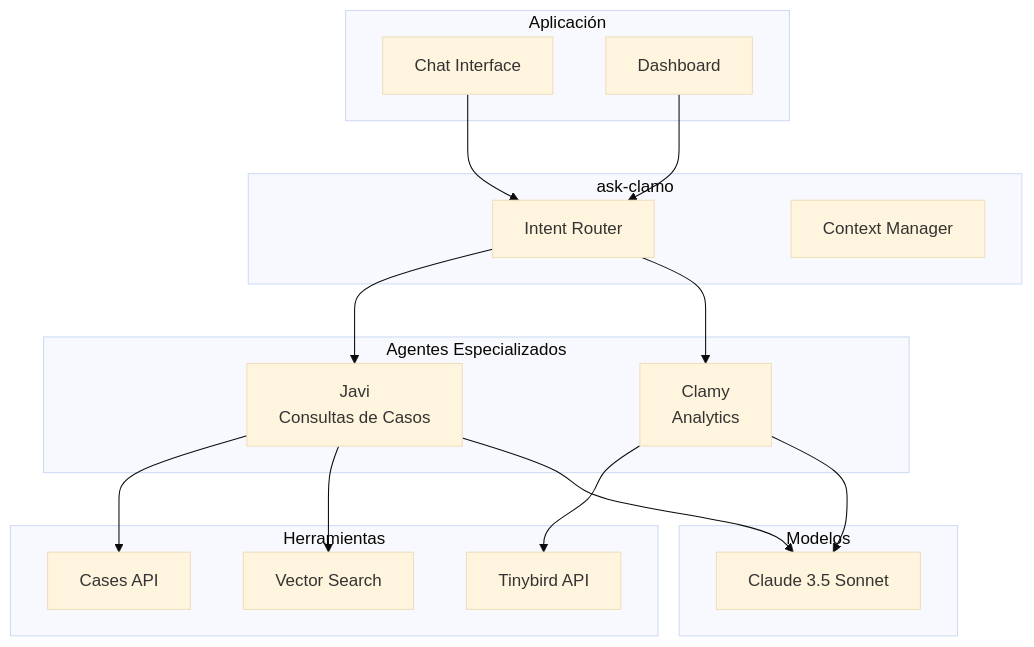
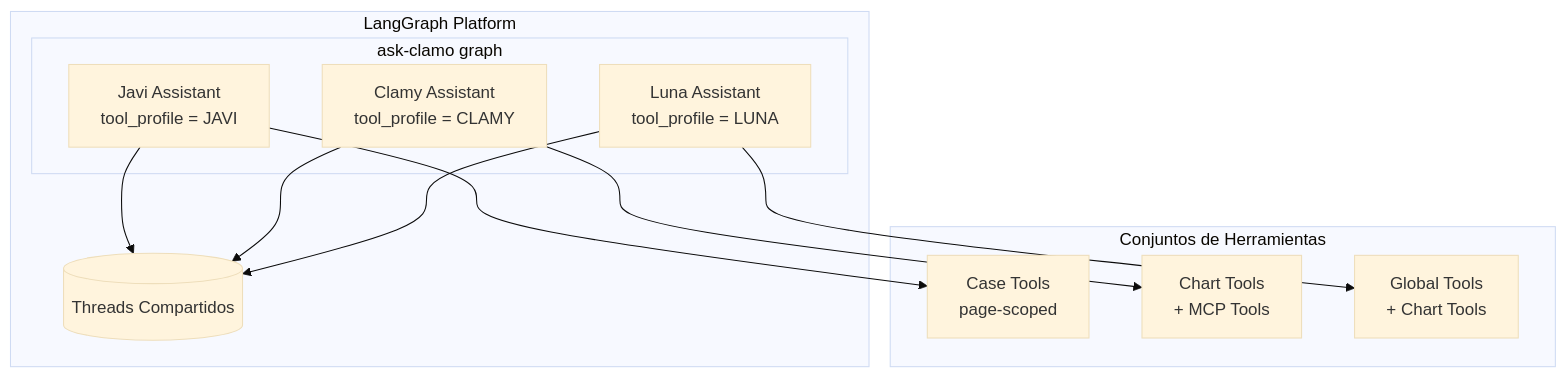
The first of 2 diagrams in es/arquitectura/asistentes-ia.mdx (GetClamo/docs), drawn with Mermaid (base theme) before and after one commit. The commit also changed other lines of this file and 33 other files, not shown here.

````diff
--- a/es/arquitectura/asistentes-ia.mdx
+++ b/es/arquitectura/asistentes-ia.mdx
@@ -12,37 +12,26 @@
 ```mermaid
 flowchart TB
-    subgraph Frontend [Aplicación]
-        Chat[Chat Interface]
-        Dashboard[Dashboard]
+    subgraph LangGraph [LangGraph Platform]
+        subgraph AskClamo [ask-clamo graph]
+            Javi[Javi Assistant<br/>tool_profile = JAVI]
+            Clamy[Clamy Assistant<br/>tool_profile = CLAMY]
+            Luna[Luna Assistant<br/>tool_profile = LUNA]
+        end
+        
+        SharedThreads[(Threads Compartidos)]
     end
     
-    subgraph Gateway [ask-clamo]
-        Router[Intent Router]
-        Context[Context Manager]
+    subgraph Tools [Conjuntos de Herramientas]
+        CaseTools[Case Tools<br/>page-scoped]
+        ChartTools[Chart Tools<br/>+ MCP Tools]
+        GlobalTools[Global Tools<br/>+ Chart Tools]
     end
     
-    subgraph Agents [Agentes Especializados]
-        Javi[Javi<br/>Consultas de Casos]
-        Clamy[Clamy<br/>Analytics]
-    end
+    Javi --> CaseTools
+    Clamy --> ChartTools
+    Luna --> GlobalTools
     
-    subgraph Tools [Herramientas]
-        CasesAPI[Cases API]
-        TinybirdAPI[Tinybird API]
-        SearchTool[Vector Search]
-    end
-    
-    subgraph LLM [Modelos]
-        Claude[Claude 3.5 Sonnet]
-    end
-    
-    Chat --> Router
-    Dashboard --> Router
-    Router --> Javi
-    Router --> Clamy
-    Javi --> CasesAPI
-    Javi --> SearchTool
-    Clamy --> TinybirdAPI
-    Javi --> Claude
-    Clamy --> Claude
+    Javi --> SharedThreads
+    Clamy --> SharedThreads
+    Luna --> SharedThreads
 ```
````
